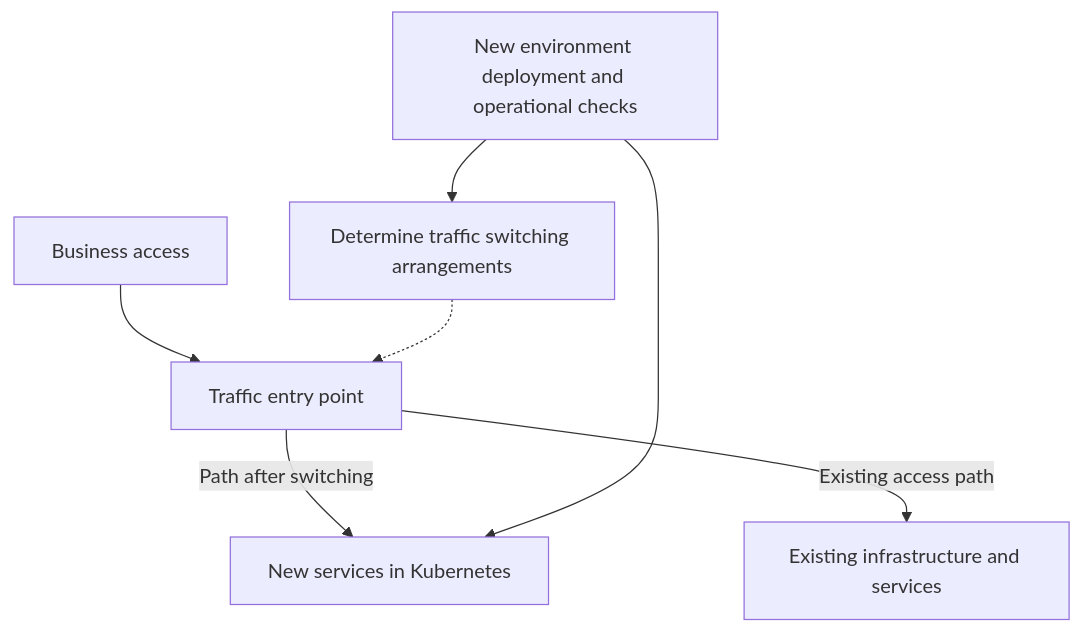
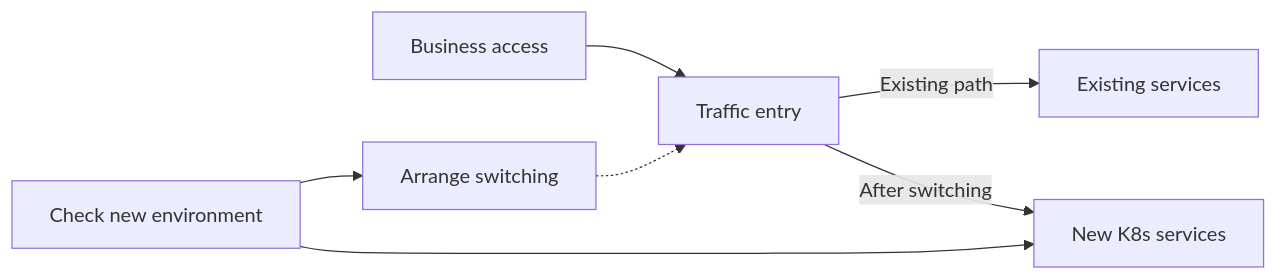
Before and after one commit to cytlabs/personal-site: the third of 3 diagrams in content/en/cases/kubernetes-platform.md, drawn with Mermaid. The commit also changed other lines of this file and 17 other files, not shown here.

First line of the commit message:
统一图表排版、主题和大图查看 (#15)

````diff
--- a/content/en/cases/kubernetes-platform.md
+++ b/content/en/cases/kubernetes-platform.md
@@ -56,9 +69,8 @@
 ```mermaid
-flowchart TD
-    U["Business access"] --> R["Traffic entry point"]
-    R -->|Existing access path| O["Existing infrastructure and services"]
-    R -->|Path after switching| N["New services in Kubernetes"]
-    C["New environment deployment and operational checks"] --> N
-    C --> D["Determine traffic switching arrangements"]
-    D -.-> R
+flowchart LR
+    U["Business access"] --> R["Traffic entry"]
+    R -->|Existing path| O["Existing services"]
+    R -->|After switching| N["New K8s services"]
+    C["Check new environment"] --> D["Arrange switching"] -.-> R
+    C --> N
 ```
````
